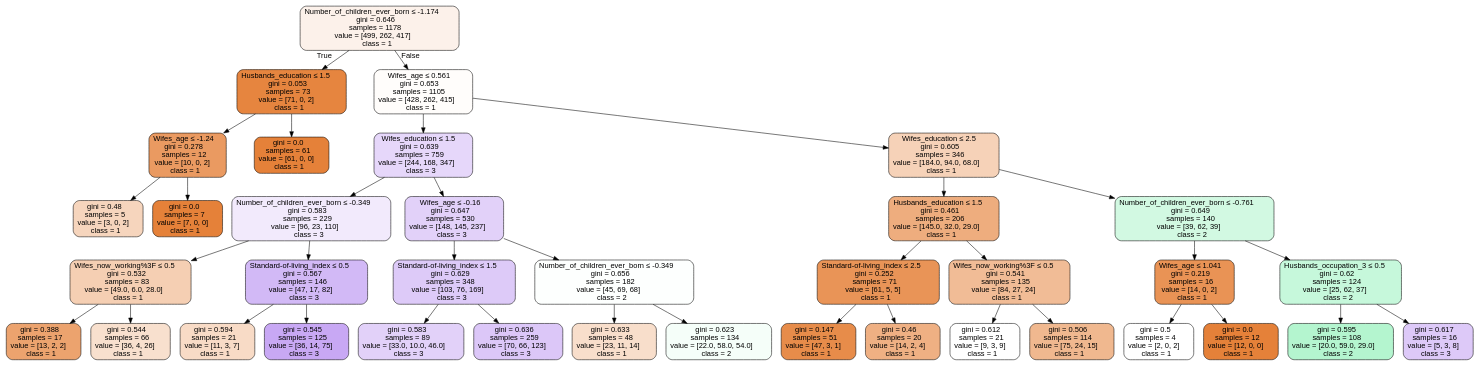
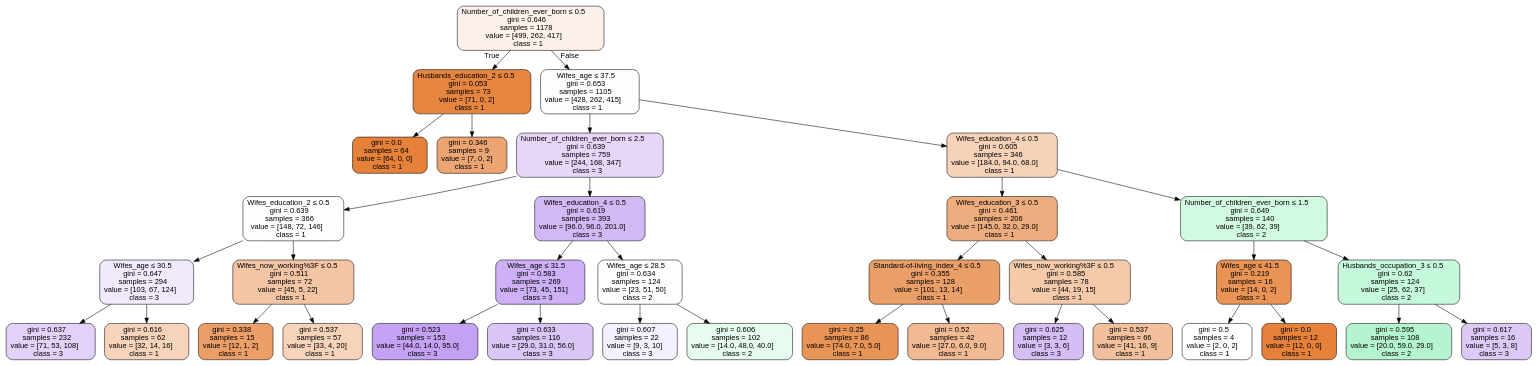
One commit to IDM4s-2025/TC2034-final-team8 changed the diagram in images/decision_trees/best_tree.dot. Above: the diagram before and after it, drawn with Graphviz. The commit also changed 1 other file, not shown here.

```diff
--- a/images/decision_trees/best_tree.dot
+++ b/images/decision_trees/best_tree.dot
@@ -1,77 +1,73 @@
 digraph Tree {
 node [shape=box, style="filled, rounded", color="black", fontname="helvetica"] ;
 edge [fontname="helvetica"] ;
-0 [label=<Number_of_children_ever_born &le; -1.174<br/>gini = 0.646<br/>samples = 1178<br/>value = [499, 262, 417]<br/>class = 1>, fillcolor="#fcf1ea"] ;
-1 [label=<Husbands_education &le; 1.5<br/>gini = 0.053<br/>samples = 73<br/>value = [71, 0, 2]<br/>class = 1>, fillcolor="#e6853f"] ;
+0 [label=<Number_of_children_ever_born &le; 0.5<br/>gini = 0.646<br/>samples = 1178<br/>value = [499, 262, 417]<br/>class = 1>, fillcolor="#fcf1ea"] ;
+1 [label=<Husbands_education_2 &le; 0.5<br/>gini = 0.053<br/>samples = 73<br/>value = [71, 0, 2]<br/>class = 1>, fillcolor="#e6853f"] ;
 0 -> 1 [labeldistance=2.5, labelangle=45, headlabel="True"] ;
-2 [label=<Wifes_age &le; -1.24<br/>gini = 0.278<br/>samples = 12<br/>value = [10, 0, 2]<br/>class = 1>, fillcolor="#ea9a61"] ;
+2 [label=<gini = 0.0<br/>samples = 64<br/>value = [64, 0, 0]<br/>class = 1>, fillcolor="#e58139"] ;
 1 -> 2 ;
-3 [label=<gini = 0.48<br/>samples = 5<br/>value = [3, 0, 2]<br/>class = 1>, fillcolor="#f6d5bd"] ;
-2 -> 3 ;
-4 [label=<gini = 0.0<br/>samples = 7<br/>value = [7, 0, 0]<br/>class = 1>, fillcolor="#e58139"] ;
-2 -> 4 ;
-5 [label=<gini = 0.0<br/>samples = 61<br/>value = [61, 0, 0]<br/>class = 1>, fillcolor="#e58139"] ;
-1 -> 5 ;
-6 [label=<Wifes_age &le; 0.561<br/>gini = 0.653<br/>samples = 1105<br/>value = [428, 262, 415]<br/>class = 1>, fillcolor="#fffdfb"] ;
-0 -> 6 [labeldistance=2.5, labelangle=-45, headlabel="False"] ;
-7 [label=<Wifes_education &le; 1.5<br/>gini = 0.639<br/>samples = 759<br/>value = [244, 168, 347]<br/>class = 3>, fillcolor="#e6d7fa"] ;
+3 [label=<gini = 0.346<br/>samples = 9<br/>value = [7, 0, 2]<br/>class = 1>, fillcolor="#eca572"] ;
+1 -> 3 ;
+4 [label=<Wifes_age &le; 37.5<br/>gini = 0.653<br/>samples = 1105<br/>value = [428, 262, 415]<br/>class = 1>, fillcolor="#fffdfb"] ;
+0 -> 4 [labeldistance=2.5, labelangle=-45, headlabel="False"] ;
+5 [label=<Number_of_children_ever_born &le; 2.5<br/>gini = 0.639<br/>samples = 759<br/>value = [244, 168, 347]<br/>class = 3>, fillcolor="#e6d7fa"] ;
+4 -> 5 ;
+6 [label=<Wifes_education_2 &le; 0.5<br/>gini = 0.639<br/>samples = 366<br/>value = [148, 72, 146]<br/>class = 1>, fillcolor="#fffefd"] ;
+5 -> 6 ;
+7 [label=<Wifes_age &le; 30.5<br/>gini = 0.647<br/>samples = 294<br/>value = [103, 67, 124]<br/>class = 3>, fillcolor="#f1e9fc"] ;
 6 -> 7 ;
-8 [label=<Number_of_children_ever_born &le; -0.349<br/>gini = 0.583<br/>samples = 229<br/>value = [96, 23, 110]<br/>class = 3>, fillcolor="#f2eafc"] ;
+8 [label=<gini = 0.637<br/>samples = 232<br/>value = [71, 53, 108]<br/>class = 3>, fillcolor="#e2d1f9"] ;
 7 -> 8 ;
-9 [label=<Wifes_now_working%3F &le; 0.5<br/>gini = 0.532<br/>samples = 83<br/>value = [49.0, 6.0, 28.0]<br/>class = 1>, fillcolor="#f5cfb3"] ;
-8 -> 9 ;
-10 [label=<gini = 0.388<br/>samples = 17<br/>value = [13, 2, 2]<br/>class = 1>, fillcolor="#eca36e"] ;
-9 -> 10 ;
-11 [label=<gini = 0.544<br/>samples = 66<br/>value = [36, 4, 26]<br/>class = 1>, fillcolor="#f8e0ce"] ;
-9 -> 11 ;
-12 [label=<Standard-of-living_index &le; 0.5<br/>gini = 0.567<br/>samples = 146<br/>value = [47, 17, 82]<br/>class = 3>, fillcolor="#d2b9f6"] ;
-8 -> 12 ;
-13 [label=<gini = 0.594<br/>samples = 21<br/>value = [11, 3, 7]<br/>class = 1>, fillcolor="#f8dbc6"] ;
-12 -> 13 ;
-14 [label=<gini = 0.545<br/>samples = 125<br/>value = [36, 14, 75]<br/>class = 3>, fillcolor="#c8a8f4"] ;
-12 -> 14 ;
-15 [label=<Wifes_age &le; -0.16<br/>gini = 0.647<br/>samples = 530<br/>value = [148, 145, 237]<br/>class = 3>, fillcolor="#e2d1f9"] ;
-7 -> 15 ;
-16 [label=<Standard-of-living_index &le; 1.5<br/>gini = 0.629<br/>samples = 348<br/>value = [103, 76, 169]<br/>class = 3>, fillcolor="#ddcaf8"] ;
-15 -> 16 ;
-17 [label=<gini = 0.583<br/>samples = 89<br/>value = [33.0, 10.0, 46.0]<br/>class = 3>, fillcolor="#e2d1f9"] ;
-16 -> 17 ;
-18 [label=<gini = 0.636<br/>samples = 259<br/>value = [70, 66, 123]<br/>class = 3>, fillcolor="#dcc7f8"] ;
-16 -> 18 ;
-19 [label=<Number_of_children_ever_born &le; -0.349<br/>gini = 0.656<br/>samples = 182<br/>value = [45, 69, 68]<br/>class = 2>, fillcolor="#fdfffe"] ;
-15 -> 19 ;
-20 [label=<gini = 0.633<br/>samples = 48<br/>value = [23, 11, 14]<br/>class = 1>, fillcolor="#f8decb"] ;
-19 -> 20 ;
-21 [label=<gini = 0.623<br/>samples = 134<br/>value = [22.0, 58.0, 54.0]<br/>class = 2>, fillcolor="#f5fef9"] ;
-19 -> 21 ;
-22 [label=<Wifes_education &le; 2.5<br/>gini = 0.605<br/>samples = 346<br/>value = [184.0, 94.0, 68.0]<br/>class = 1>, fillcolor="#f6d2b8"] ;
-6 -> 22 ;
-23 [label=<Husbands_education &le; 1.5<br/>gini = 0.461<br/>samples = 206<br/>value = [145.0, 32.0, 29.0]<br/>class = 1>, fillcolor="#eead7e"] ;
+9 [label=<gini = 0.616<br/>samples = 62<br/>value = [32, 14, 16]<br/>class = 1>, fillcolor="#f6d3ba"] ;
+7 -> 9 ;
+10 [label=<Wifes_now_working%3F &le; 0.5<br/>gini = 0.511<br/>samples = 72<br/>value = [45, 5, 22]<br/>class = 1>, fillcolor="#f3c5a4"] ;
+6 -> 10 ;
+11 [label=<gini = 0.338<br/>samples = 15<br/>value = [12, 1, 2]<br/>class = 1>, fillcolor="#eb9e67"] ;
+10 -> 11 ;
+12 [label=<gini = 0.537<br/>samples = 57<br/>value = [33, 4, 20]<br/>class = 1>, fillcolor="#f6d3b9"] ;
+10 -> 12 ;
+13 [label=<Wifes_education_4 &le; 0.5<br/>gini = 0.619<br/>samples = 393<br/>value = [96.0, 96.0, 201.0]<br/>class = 3>, fillcolor="#d2b9f6"] ;
+5 -> 13 ;
+14 [label=<Wifes_age &le; 31.5<br/>gini = 0.583<br/>samples = 269<br/>value = [73, 45, 151]<br/>class = 3>, fillcolor="#cdb0f5"] ;
+13 -> 14 ;
+15 [label=<gini = 0.523<br/>samples = 153<br/>value = [44.0, 14.0, 95.0]<br/>class = 3>, fillcolor="#c4a2f3"] ;
+14 -> 15 ;
+16 [label=<gini = 0.633<br/>samples = 116<br/>value = [29.0, 31.0, 56.0]<br/>class = 3>, fillcolor="#dac5f7"] ;
+14 -> 16 ;
+17 [label=<Wifes_age &le; 28.5<br/>gini = 0.634<br/>samples = 124<br/>value = [23, 51, 50]<br/>class = 2>, fillcolor="#fcfffd"] ;
+13 -> 17 ;
+18 [label=<gini = 0.607<br/>samples = 22<br/>value = [9, 3, 10]<br/>class = 3>, fillcolor="#f5f0fd"] ;
+17 -> 18 ;
+19 [label=<gini = 0.606<br/>samples = 102<br/>value = [14.0, 48.0, 40.0]<br/>class = 2>, fillcolor="#e5fcef"] ;
+17 -> 19 ;
+20 [label=<Wifes_education_4 &le; 0.5<br/>gini = 0.605<br/>samples = 346<br/>value = [184.0, 94.0, 68.0]<br/>class = 1>, fillcolor="#f6d2b8"] ;
+4 -> 20 ;
+21 [label=<Wifes_education_3 &le; 0.5<br/>gini = 0.461<br/>samples = 206<br/>value = [145.0, 32.0, 29.0]<br/>class = 1>, fillcolor="#eead7e"] ;
+20 -> 21 ;
+22 [label=<Standard-of-living_index_4 &le; 0.5<br/>gini = 0.355<br/>samples = 128<br/>value = [101, 13, 14]<br/>class = 1>, fillcolor="#eb9f68"] ;
+21 -> 22 ;
+23 [label=<gini = 0.25<br/>samples = 86<br/>value = [74.0, 7.0, 5.0]<br/>class = 1>, fillcolor="#e99457"] ;
 22 -> 23 ;
-24 [label=<Standard-of-living_index &le; 2.5<br/>gini = 0.252<br/>samples = 71<br/>value = [61, 5, 5]<br/>class = 1>, fillcolor="#e99457"] ;
-23 -> 24 ;
-25 [label=<gini = 0.147<br/>samples = 51<br/>value = [47, 3, 1]<br/>class = 1>, fillcolor="#e78c4a"] ;
-24 -> 25 ;
-26 [label=<gini = 0.46<br/>samples = 20<br/>value = [14, 2, 4]<br/>class = 1>, fillcolor="#efb083"] ;
-24 -> 26 ;
-27 [label=<Wifes_now_working%3F &le; 0.5<br/>gini = 0.541<br/>samples = 135<br/>value = [84, 27, 24]<br/>class = 1>, fillcolor="#f1bc96"] ;
-23 -> 27 ;
-28 [label=<gini = 0.612<br/>samples = 21<br/>value = [9, 3, 9]<br/>class = 1>, fillcolor="#ffffff"] ;
-27 -> 28 ;
-29 [label=<gini = 0.506<br/>samples = 114<br/>value = [75, 24, 15]<br/>class = 1>, fillcolor="#f0b88f"] ;
-27 -> 29 ;
-30 [label=<Number_of_children_ever_born &le; -0.761<br/>gini = 0.649<br/>samples = 140<br/>value = [39, 62, 39]<br/>class = 2>, fillcolor="#d2f9e2"] ;
-22 -> 30 ;
-31 [label=<Wifes_age &le; 1.041<br/>gini = 0.219<br/>samples = 16<br/>value = [14, 0, 2]<br/>class = 1>, fillcolor="#e99355"] ;
-30 -> 31 ;
-32 [label=<gini = 0.5<br/>samples = 4<br/>value = [2, 0, 2]<br/>class = 1>, fillcolor="#ffffff"] ;
-31 -> 32 ;
-33 [label=<gini = 0.0<br/>samples = 12<br/>value = [12, 0, 0]<br/>class = 1>, fillcolor="#e58139"] ;
-31 -> 33 ;
-34 [label=<Husbands_occupation_3 &le; 0.5<br/>gini = 0.62<br/>samples = 124<br/>value = [25, 62, 37]<br/>class = 2>, fillcolor="#c6f8db"] ;
-30 -> 34 ;
-35 [label=<gini = 0.595<br/>samples = 108<br/>value = [20.0, 59.0, 29.0]<br/>class = 2>, fillcolor="#b4f5cf"] ;
-34 -> 35 ;
-36 [label=<gini = 0.617<br/>samples = 16<br/>value = [5, 3, 8]<br/>class = 3>, fillcolor="#ddc9f8"] ;
-34 -> 36 ;
+24 [label=<gini = 0.52<br/>samples = 42<br/>value = [27.0, 6.0, 9.0]<br/>class = 1>, fillcolor="#f1ba93"] ;
+22 -> 24 ;
+25 [label=<Wifes_now_working%3F &le; 0.5<br/>gini = 0.585<br/>samples = 78<br/>value = [44, 19, 15]<br/>class = 1>, fillcolor="#f4caab"] ;
+21 -> 25 ;
+26 [label=<gini = 0.625<br/>samples = 12<br/>value = [3, 3, 6]<br/>class = 3>, fillcolor="#d5bdf6"] ;
+25 -> 26 ;
+27 [label=<gini = 0.537<br/>samples = 66<br/>value = [41, 16, 9]<br/>class = 1>, fillcolor="#f2c09c"] ;
+25 -> 27 ;
+28 [label=<Number_of_children_ever_born &le; 1.5<br/>gini = 0.649<br/>samples = 140<br/>value = [39, 62, 39]<br/>class = 2>, fillcolor="#d2f9e2"] ;
+20 -> 28 ;
+29 [label=<Wifes_age &le; 41.5<br/>gini = 0.219<br/>samples = 16<br/>value = [14, 0, 2]<br/>class = 1>, fillcolor="#e99355"] ;
+28 -> 29 ;
+30 [label=<gini = 0.5<br/>samples = 4<br/>value = [2, 0, 2]<br/>class = 1>, fillcolor="#ffffff"] ;
+29 -> 30 ;
+31 [label=<gini = 0.0<br/>samples = 12<br/>value = [12, 0, 0]<br/>class = 1>, fillcolor="#e58139"] ;
+29 -> 31 ;
+32 [label=<Husbands_occupation_3 &le; 0.5<br/>gini = 0.62<br/>samples = 124<br/>value = [25, 62, 37]<br/>class = 2>, fillcolor="#c6f8db"] ;
+28 -> 32 ;
+33 [label=<gini = 0.595<br/>samples = 108<br/>value = [20.0, 59.0, 29.0]<br/>class = 2>, fillcolor="#b4f5cf"] ;
+32 -> 33 ;
+34 [label=<gini = 0.617<br/>samples = 16<br/>value = [5, 3, 8]<br/>class = 3>, fillcolor="#ddc9f8"] ;
+32 -> 34 ;
 }
```
